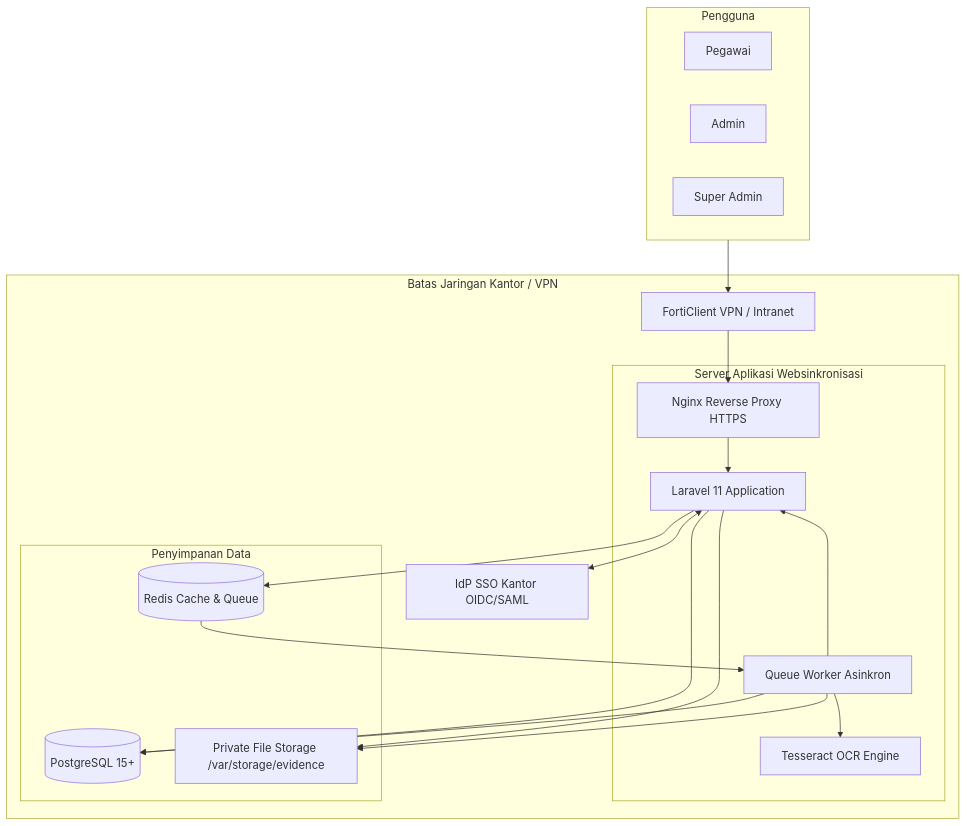
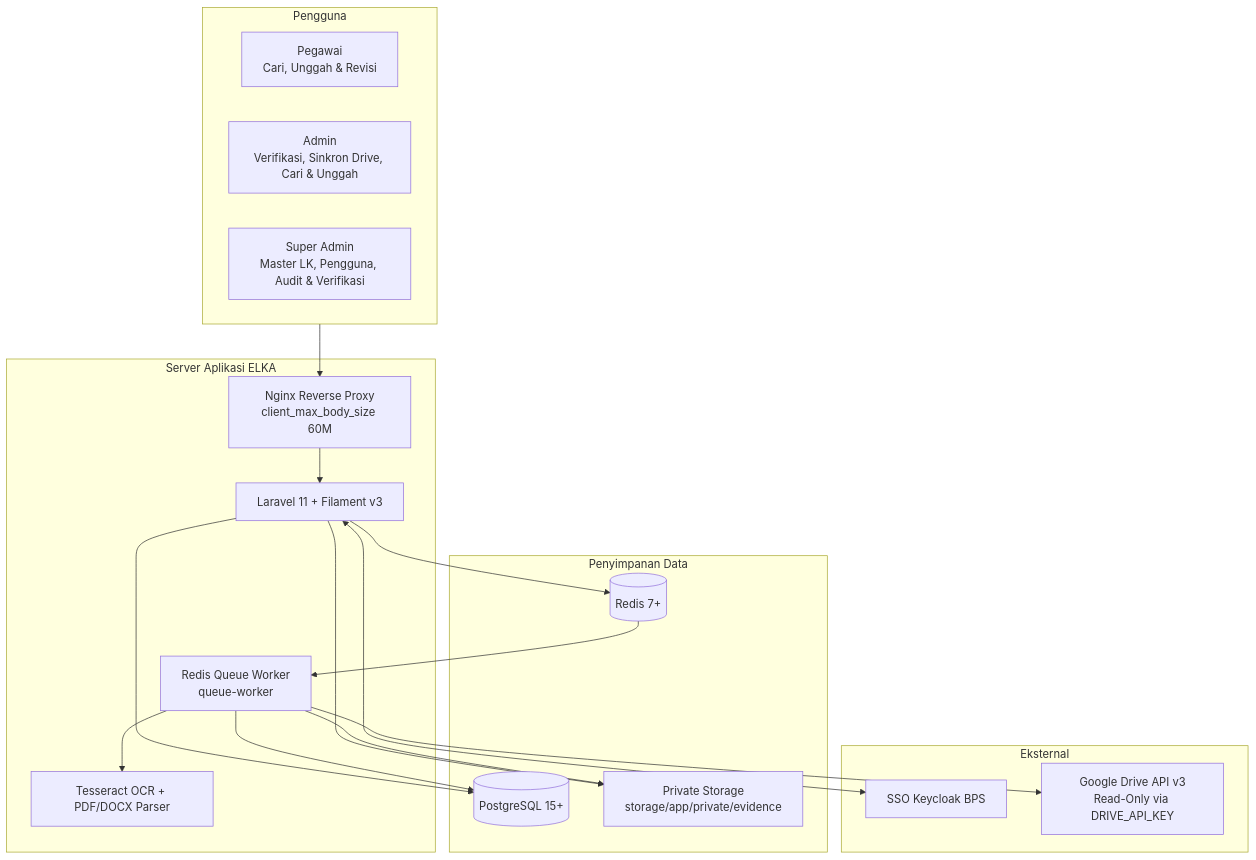
Before and after one commit to Raaamaa/websinkronisasi: the diagram in Md/ARCHITECTURE.md, drawn with Mermaid. The commit also changed other lines of this file and 10 other files, not shown here.

````diff
--- a/Md/ARCHITECTURE.md
+++ b/Md/ARCHITECTURE.md
@@ -19,40 +19,37 @@
 ```mermaid
 graph TD
     subgraph Pengguna
-        PGW[Pegawai]
-        ADM[Admin]
-        SA[Super Admin]
+        PGW[Pegawai<br/>Cari, Unggah & Revisi]
+        ADM[Admin<br/>Verifikasi, Sinkron Drive, Cari & Unggah]
+        SA[Super Admin<br/>Master LK, Pengguna, Audit & Verifikasi]
     end
 
-    subgraph Batas Jaringan Kantor / VPN
-        VPN[FortiClient VPN / Intranet]
-        SSO[IdP SSO Kantor OIDC/SAML]
-        
-        subgraph Server Aplikasi Websinkronisasi
-            NGINX[Nginx Reverse Proxy HTTPS]
-            APP[Laravel 11 Application]
-            WORKER[Queue Worker Asinkron]
-            TESS[Tesseract OCR Engine]
-        end
-
-        subgraph Penyimpanan Data
-            PG[(PostgreSQL 15+)]
-            REDIS[(Redis Cache & Queue)]
-            DISK[Private File Storage /var/storage/evidence]
-        end
+    subgraph Eksternal
+        SSO[SSO Keycloak BPS]
+        GDRIVE[Google Drive API v3<br/>Read-Only via DRIVE_API_KEY]
     end
 
-    Pengguna --> VPN
-    VPN --> NGINX
-    NGINX --> APP
+    subgraph Server Aplikasi ELKA
+        NGINX[Nginx Reverse Proxy<br/>client_max_body_size 60M]
+        APP[Laravel 11 + Filament v3]
+        WORKER[Redis Queue Worker<br/>queue-worker]
+        TESS[Tesseract OCR + PDF/DOCX Parser]
+    end
+
+    subgraph Penyimpanan Data
+        PG[(PostgreSQL 15+)]
+        REDIS[(Redis 7+)]
+        DISK[Private Storage<br/>storage/app/private/evidence]
+    end
+
+    Pengguna --> NGINX --> APP
     APP <--> SSO
     APP --> PG
     APP --> REDIS
     APP --> DISK
-    
     REDIS --> WORKER
-    WORKER --> APP
+    WORKER --> GDRIVE
     WORKER --> TESS
     WORKER --> PG
     WORKER --> DISK
 ```
````
